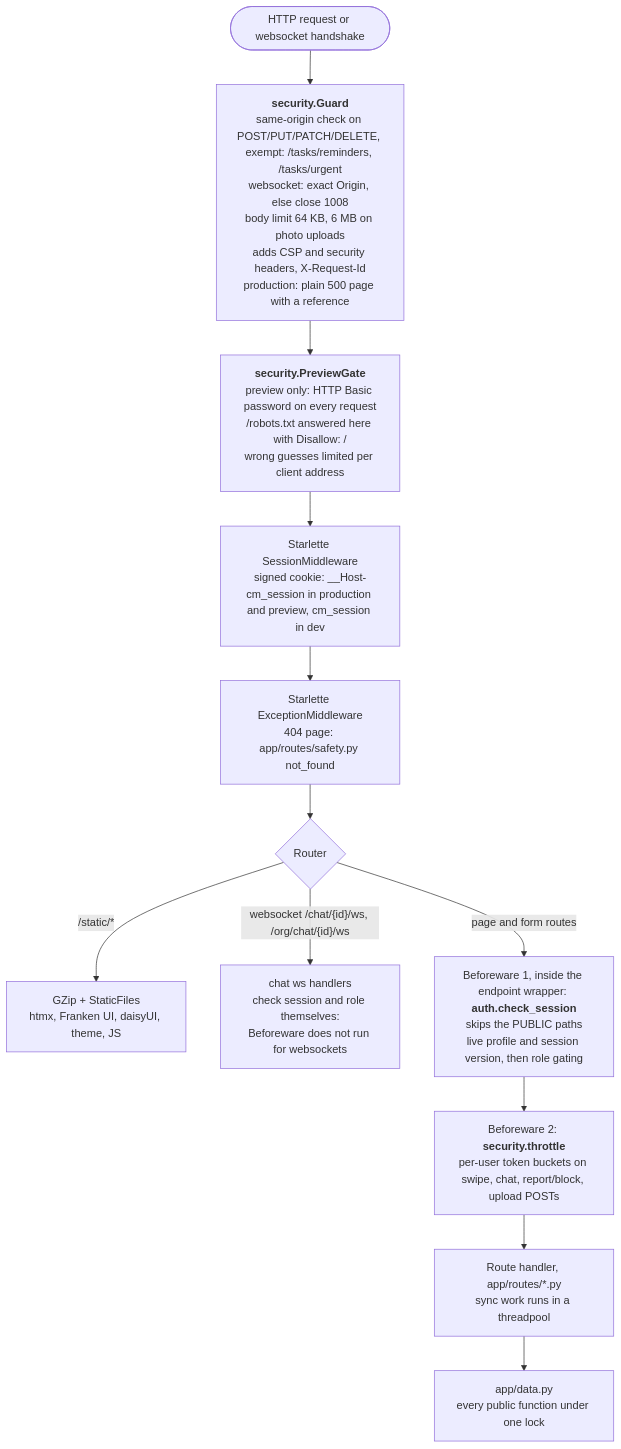
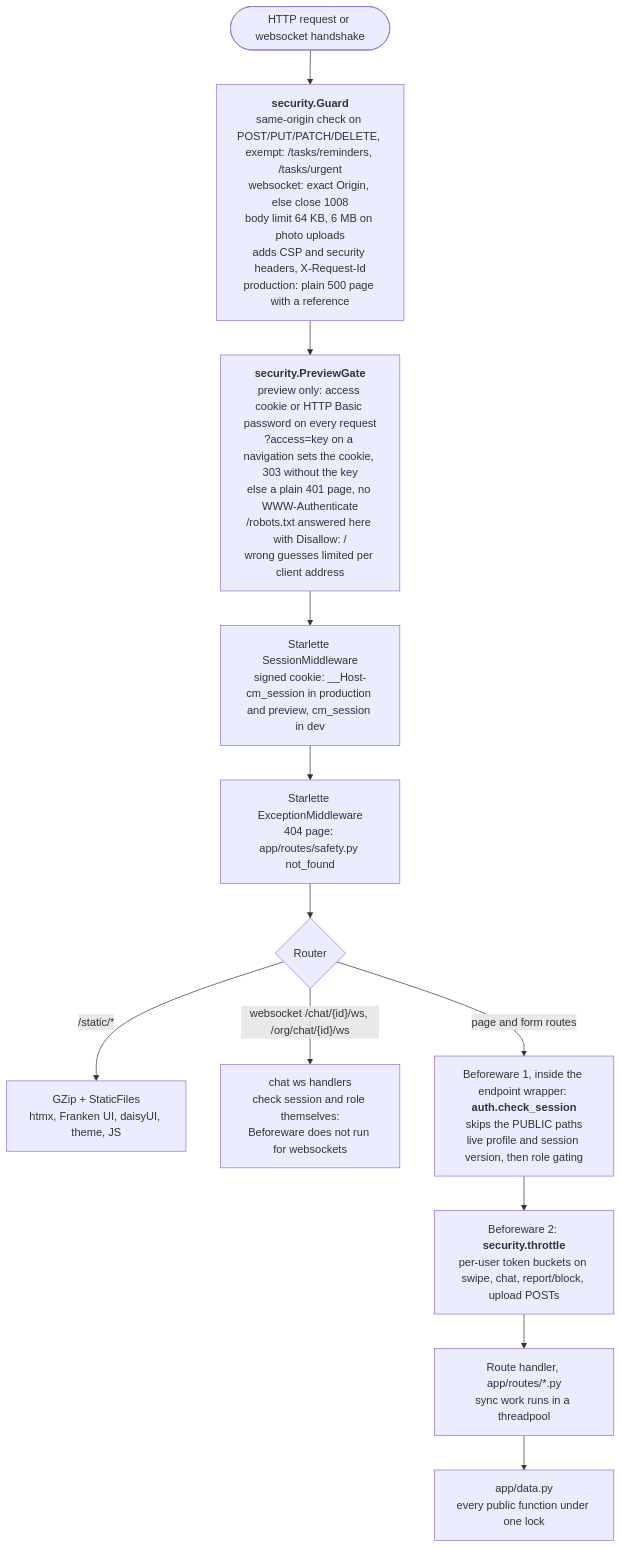
Before and after one commit to slegroux/causematch: the second of 14 diagrams in docs/ARCHITECTURE.md, drawn with Mermaid. The commit also changed other lines of this file and 5 other files, not shown here.

First line of the commit message:
Preview access link: security review fixes (L1-L5, D1)

````diff
--- a/docs/ARCHITECTURE.md
+++ b/docs/ARCHITECTURE.md
@@ -147,17 +147,17 @@
 ```mermaid
 flowchart TD
     req(["HTTP request or websocket handshake"]) --> guard
     guard["<b>security.Guard</b><br/>same-origin check on POST/PUT/PATCH/DELETE, exempt: /tasks/reminders, /tasks/urgent<br/>websocket: exact Origin, else close 1008<br/>body limit 64 KB, 6 MB on photo uploads<br/>adds CSP and security headers, X-Request-Id<br/>production: plain 500 page with a reference"]
     guard --> gate
-    gate["<b>security.PreviewGate</b><br/>preview only: HTTP Basic password on every request<br/>/robots.txt answered here with Disallow: /<br/>wrong guesses limited per client address"]
+    gate["<b>security.PreviewGate</b><br/>preview only: access cookie or HTTP Basic password on every request<br/>?access=key on a navigation sets the cookie, 303 without the key<br/>else a plain 401 page, no WWW-Authenticate<br/>/robots.txt answered here with Disallow: /<br/>wrong guesses limited per client address"]
     gate --> sess["Starlette SessionMiddleware<br/>signed cookie: __Host-cm_session in production and preview, cm_session in dev"]
     sess --> exc["Starlette ExceptionMiddleware<br/>404 page: app/routes/safety.py not_found"]
     exc --> router{"Router"}
     router -- "/static/*" --> static["GZip + StaticFiles<br/>htmx, Franken UI, daisyUI, theme, JS"]
     router -- "websocket /chat/{id}/ws, /org/chat/{id}/ws" --> ws["chat ws handlers<br/>check session and role themselves:<br/>Beforeware does not run for websockets"]
     router -- "page and form routes" --> bw
     bw["Beforeware 1, inside the endpoint wrapper: <b>auth.check_session</b><br/>skips the PUBLIC paths<br/>live profile and session version, then role gating"]
     bw --> thr["Beforeware 2: <b>security.throttle</b><br/>per-user token buckets on swipe, chat, report/block, upload POSTs"]
     thr --> handler["Route handler, app/routes/*.py<br/>sync work runs in a threadpool"]
     handler --> data["app/data.py<br/>every public function under one lock"]
 ```
````
